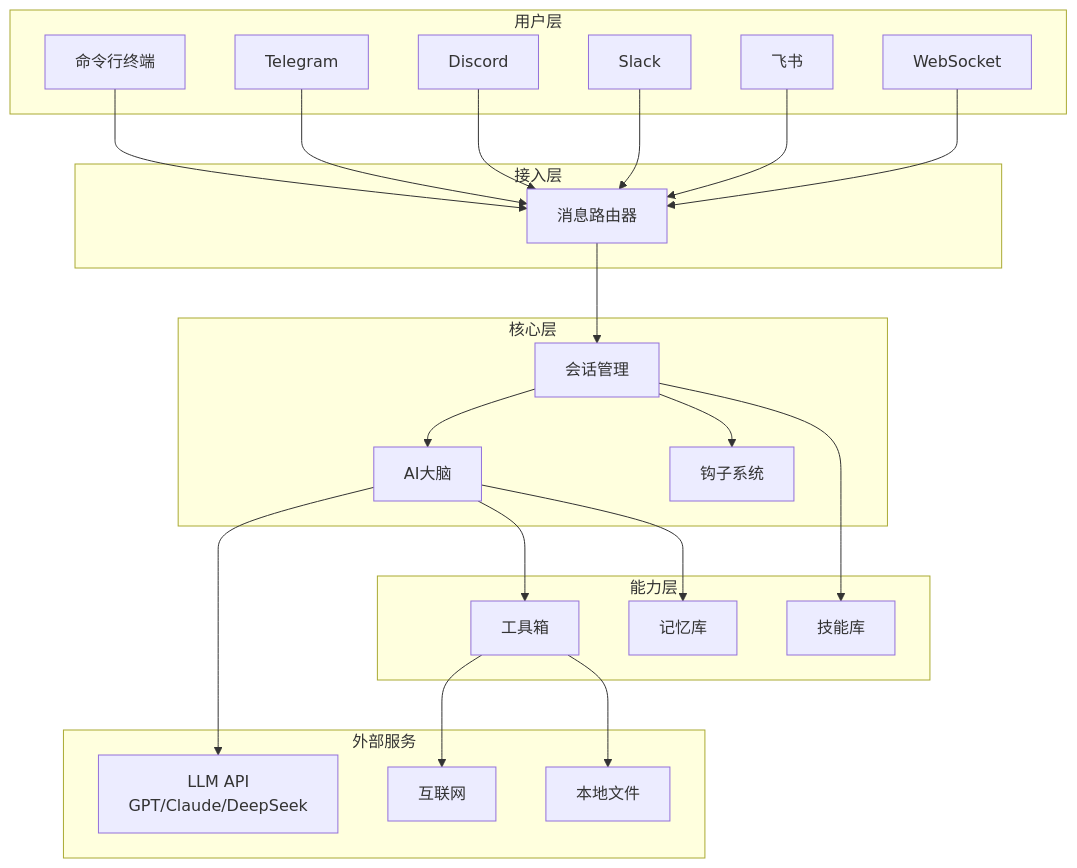
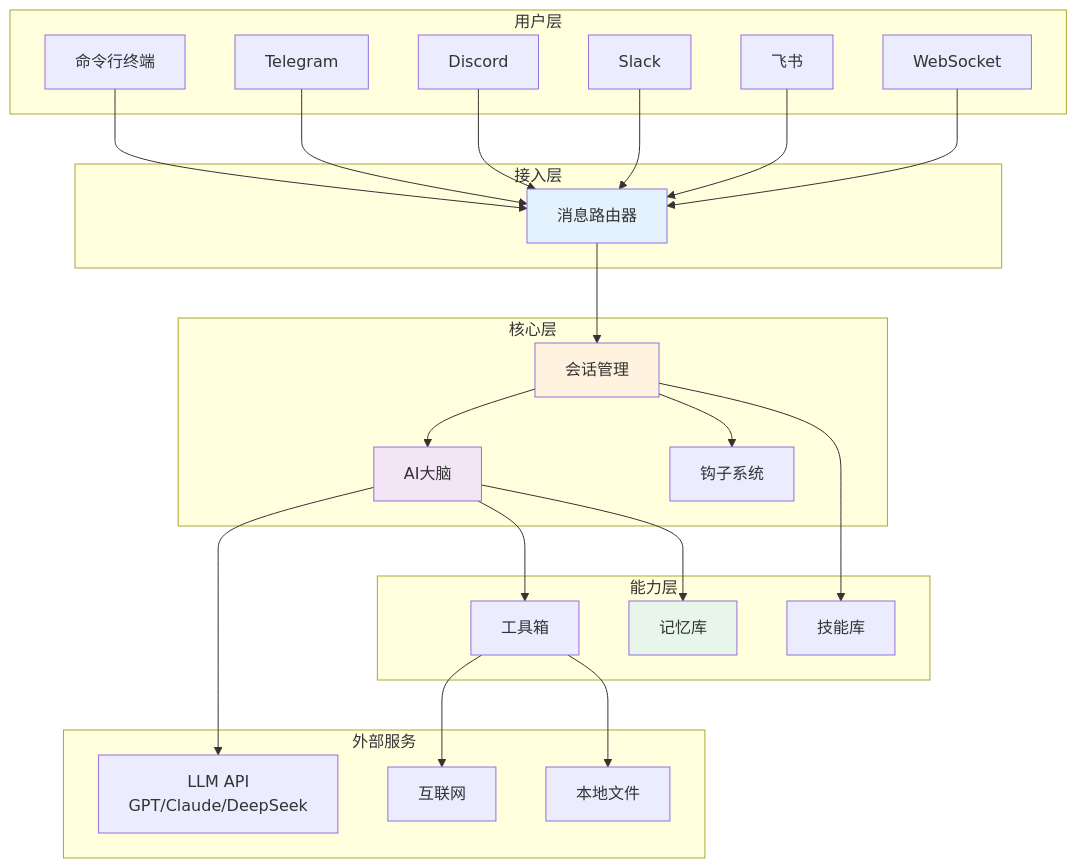
Before and after one commit to yeheng/nanobot-rs: the first of 20 diagrams in docs/architecture.md, drawn with Mermaid. The commit also changed other lines of this file and 11 other files, not shown here.

````diff
--- a/docs/architecture.md
+++ b/docs/architecture.md
@@ -15,53 +15,57 @@
 ```mermaid
 flowchart TB
     subgraph 用户层
         CLI[命令行终端]
         TG[Telegram]
         DC[Discord]
         SL[Slack]
         FS[飞书]
         WS[WebSocket]
     end
-    
+
     subgraph 接入层
         Router[消息路由器]
     end
-    
+
     subgraph 核心层
         Session[会话管理]
         Kernel[AI大脑]
         Hook[钩子系统]
     end
-    
+
     subgraph 能力层
         Tools[工具箱]
         Memory[记忆库]
         Skills[技能库]
     end
-    
+
     subgraph 外部服务
-        LLM[LLM API
-        GPT/Claude/DeepSeek]
+        LLM[LLM API<br/>GPT/Claude/DeepSeek]
         Web[互联网]
         File[本地文件]
     end
-    
+
     CLI --> Router
     TG --> Router
     DC --> Router
     SL --> Router
     FS --> Router
     WS --> Router
-    
+
     Router --> Session
     Session --> Kernel
     Session --> Hook
-    
+
     Kernel --> Tools
     Kernel --> Memory
     Session --> Skills
-    
+
     Kernel --> LLM
     Tools --> Web
     Tools --> File
+
+    style Router fill:#E3F2FD
+    style Session fill:#FFF3E0
+    style Kernel fill:#F3E5F5
+    style Memory fill:#E8F5E9
 ```
````
